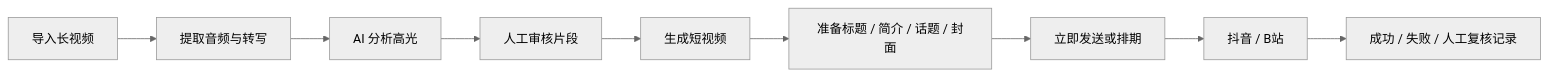
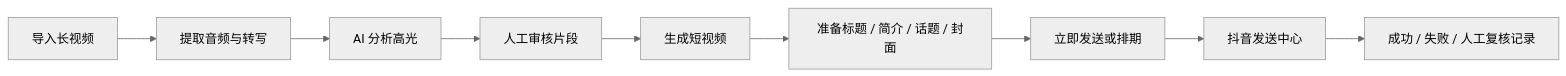
Before and after one commit to damingishere-coder/Ai-Clip-Workflow: the diagram in README.md, drawn with Mermaid (neutral theme). The commit also changed other lines of this file and 25 other files, not shown here.

````diff
--- a/README.md
+++ b/README.md
@@ -74,11 +74,11 @@
 ```mermaid
 flowchart LR
     A[导入长视频] --> B[提取音频与转写]
     B --> C[AI 分析高光]
     C --> D[人工审核片段]
     D --> E[生成短视频]
     E --> F[准备标题 / 简介 / 话题 / 封面]
     F --> G[立即发送或排期]
-    G --> H[抖音 / B站]
+    G --> H[抖音发送中心]
     H --> I[成功 / 失败 / 人工复核记录]
 ```
````
